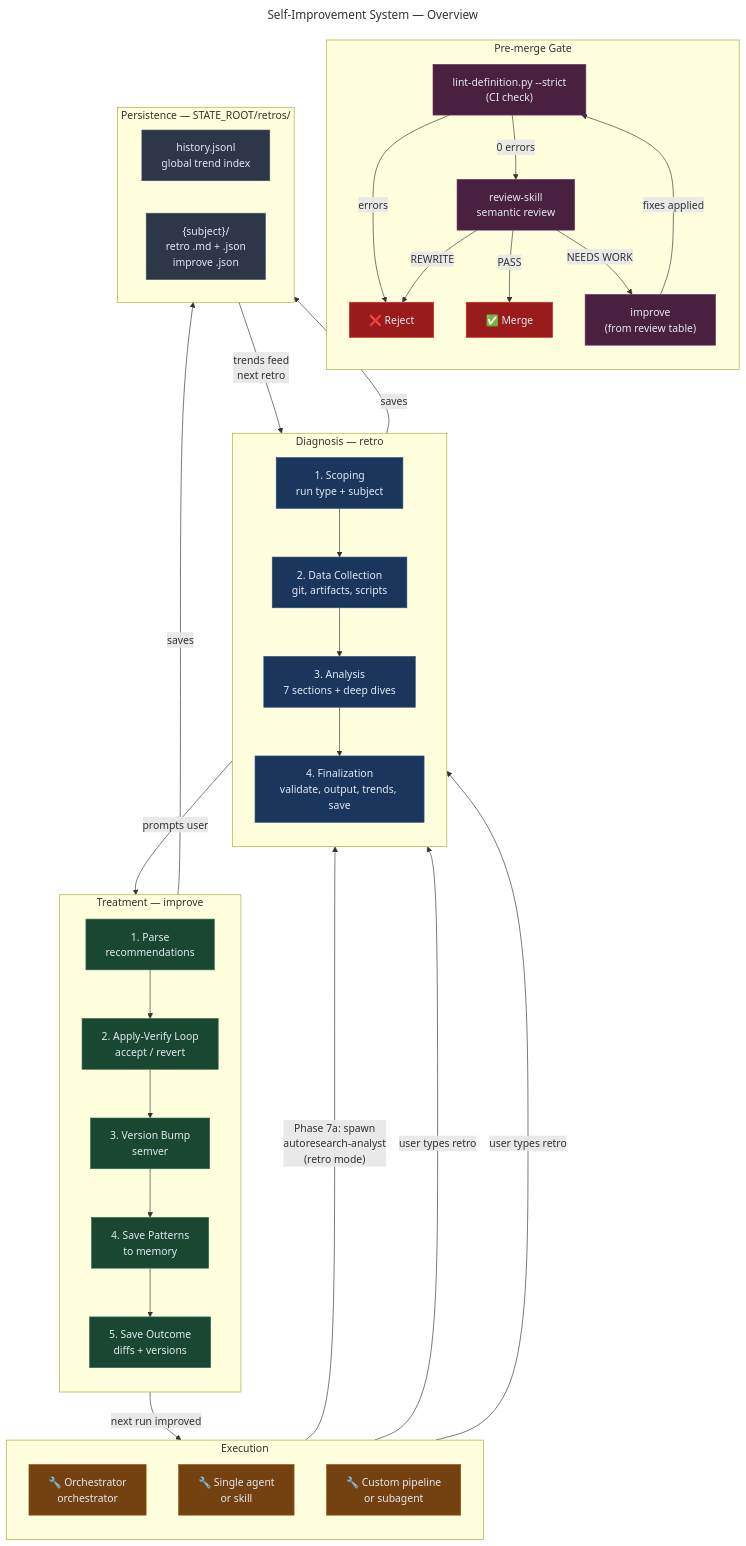
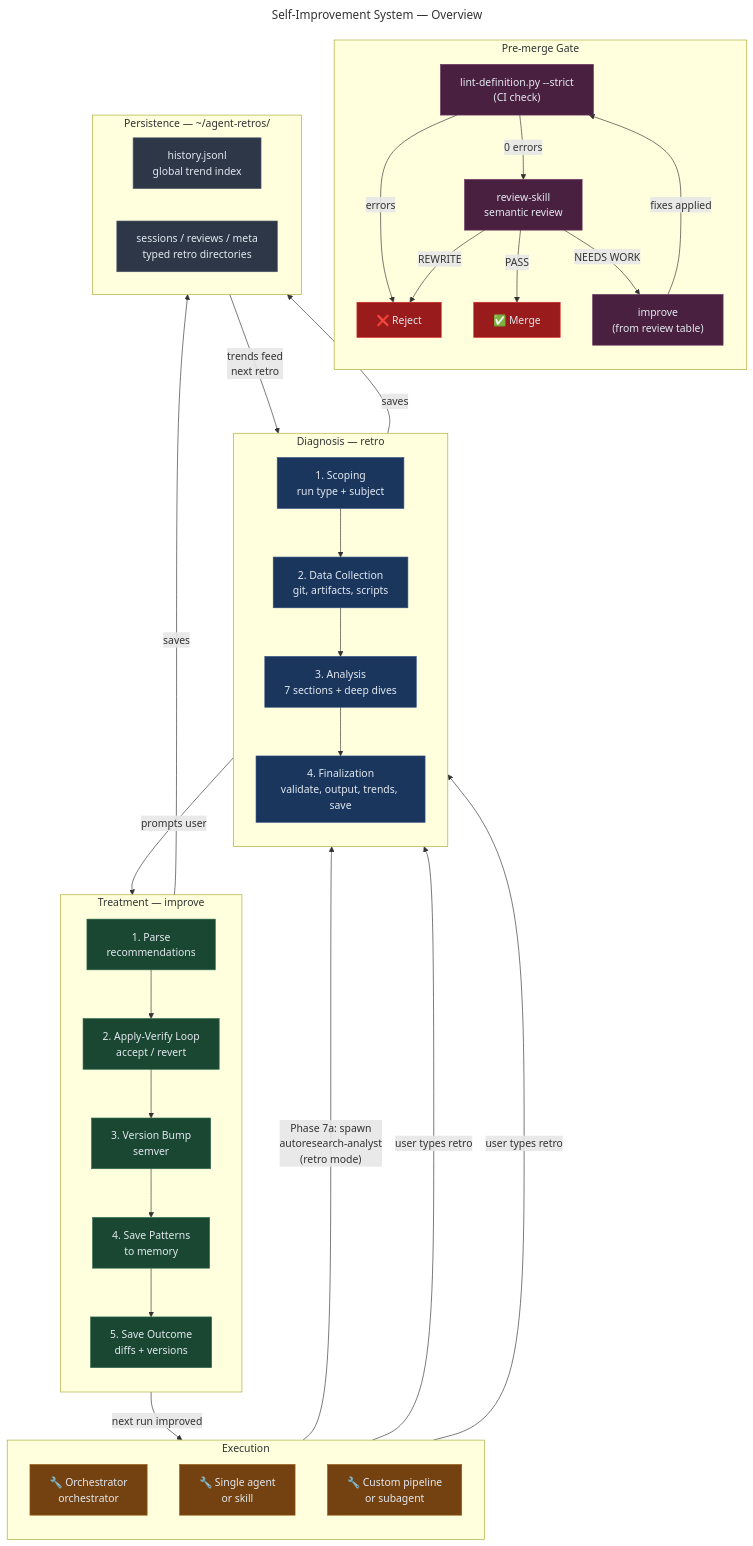
Before and after one commit to bmjcoding/agent-toolkit: the diagram in skills/retro/references/system-overview.mmd, drawn with Mermaid. The commit also changed 89 other files, not shown here.

First line of the commit message:
chore: align agent contracts and retro tooling

```diff
--- a/skills/retro/references/system-overview.mmd
+++ b/skills/retro/references/system-overview.mmd
@@ -1,72 +1,72 @@
 ---
 title: Self-Improvement System — Overview
 ---
 graph TB
     subgraph PRE["Pre-merge Gate"]
         direction TB
         CI["lint-definition.py --strict<br/>(CI check)"]
         RS["review-skill<br/>semantic review"]
         CI -->|"0 errors"| RS
         CI -->|"errors"| REJECT["❌ Reject"]
         RS -->|"PASS"| MERGE["✅ Merge"]
         RS -->|"NEEDS WORK"| IMP_NW["improve<br/>(from review table)"]
         RS -->|"REWRITE"| REJECT
         IMP_NW -->|"fixes applied"| CI
     end
 
     subgraph EXEC["Execution"]
         direction TB
         FRANK["🔧 Orchestrator<br/>orchestrator"]
         SINGLE["🔧 Single agent<br/>or skill"]
         OTHER["🔧 Custom pipeline<br/>or subagent"]
     end
 
     subgraph DIAG["Diagnosis — retro"]
         direction TB
         SCOPE["1. Scoping<br/>run type + subject"]
         DATA["2. Data Collection<br/>git, artifacts, scripts"]
         ANALYSIS["3. Analysis<br/>7 sections + deep dives"]
         FINAL["4. Finalization<br/>validate, output, trends, save"]
         SCOPE --> DATA --> ANALYSIS --> FINAL
     end
 
     subgraph TREAT["Treatment — improve"]
         direction TB
         PARSE["1. Parse<br/>recommendations"]
         LOOP["2. Apply-Verify Loop<br/>accept / revert"]
         VER["3. Version Bump<br/>semver"]
         PAT["4. Save Patterns<br/>to memory"]
         SAVE_I["5. Save Outcome<br/>diffs + versions"]
         PARSE --> LOOP --> VER --> PAT --> SAVE_I
     end
 
-    subgraph STORE["Persistence — STATE_ROOT/retros/"]
+    subgraph STORE["Persistence — ~/agent-retros/"]
         direction LR
         HIST["history.jsonl<br/>global trend index"]
-        SUBDIR["{subject}/<br/>retro .md + .json<br/>improve .json"]
+        SUBDIR["sessions / reviews / meta<br/>typed retro directories"]
     end
 
     FRANK -->|"Phase 7a: spawn<br/>autoresearch-analyst<br/>(retro mode)"| DIAG
     SINGLE -->|"user types retro"| DIAG
     OTHER -->|"user types retro"| DIAG
 
     DIAG -->|"saves"| STORE
     DIAG -->|"prompts user"| TREAT
     TREAT -->|"saves"| STORE
 
     TREAT -->|"next run improved"| EXEC
     STORE -->|"trends feed<br/>next retro"| DIAG
 
     classDef gate fill:#4a2040,stroke:#6b3060,color:#e2e8f0
     classDef exec fill:#744210,stroke:#975a16,color:#e2e8f0
     classDef diag fill:#1a365d,stroke:#2a4a7f,color:#e2e8f0
     classDef treat fill:#1a4731,stroke:#2d6a4f,color:#e2e8f0
     classDef store fill:#2d3748,stroke:#4a5568,color:#e2e8f0
     classDef action fill:#991b1b,stroke:#dc2626,color:#e2e8f0
 
     class CI,RS,IMP_NW gate
     class FRANK,SINGLE,OTHER exec
     class SCOPE,DATA,ANALYSIS,FINAL diag
     class PARSE,LOOP,VER,PAT,SAVE_I treat
     class HIST,SUBDIR store
     class MERGE,REJECT action
```
